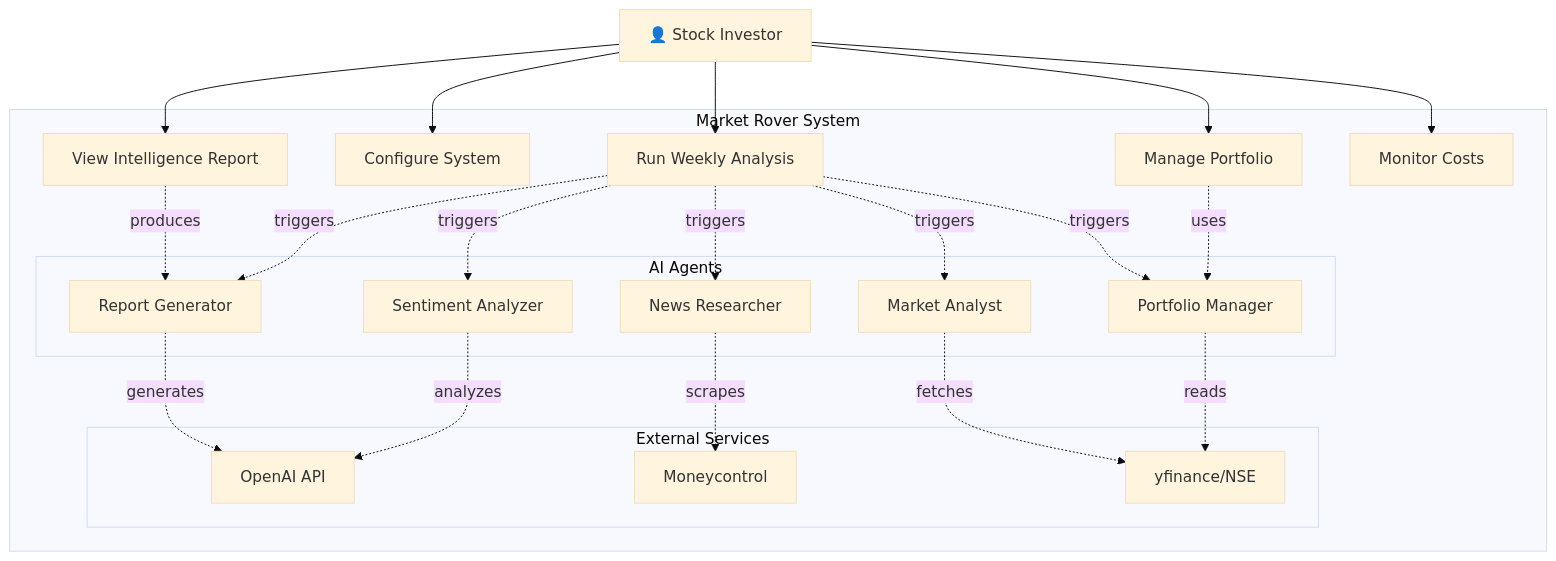
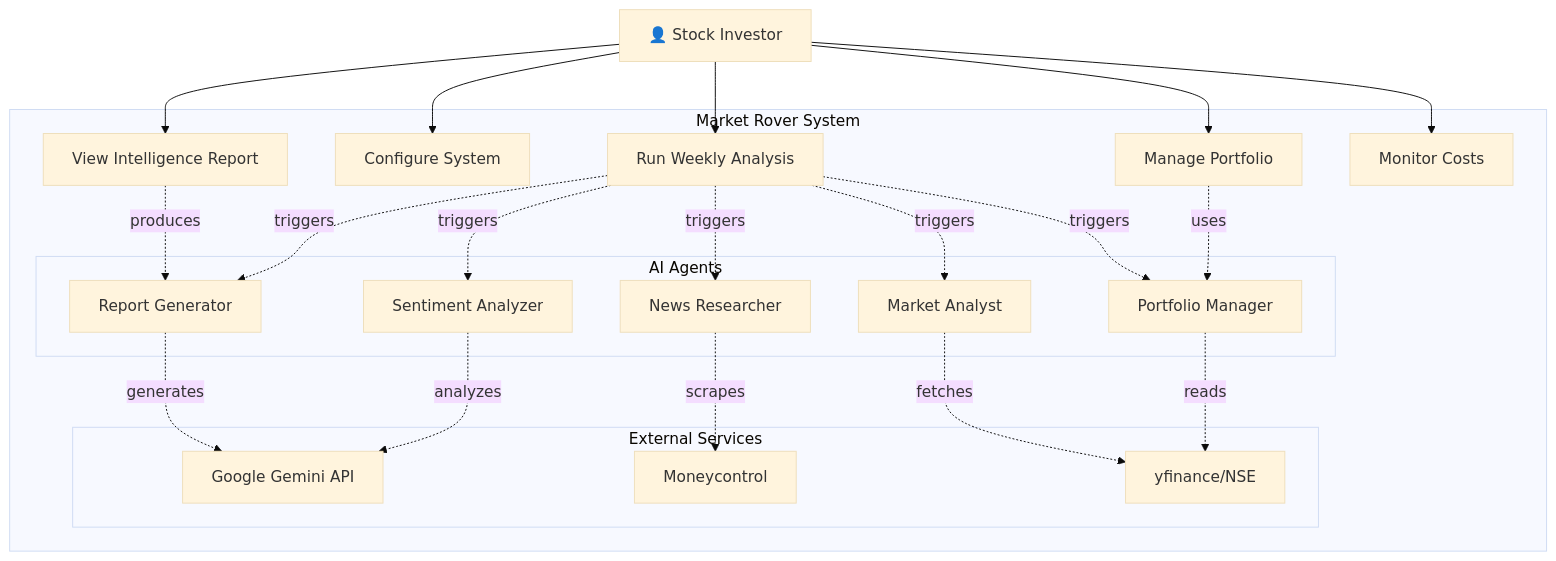
The diagram in README.md (SankarGaneshb/Market-Rover), drawn with Mermaid (base theme) before and after one commit. The commit also changed other lines of this file and 6 other files, not shown here.

Commit message:
feat: Market-Rover 2.0 production ready - Gemini API integration, web UI, visualizations, and Streamlit Cloud deployment

````diff
--- a/README.md
+++ b/README.md
@@ -26,47 +29,47 @@
 ```mermaid
 graph TB
     User["👤 Stock Investor"]
     
     subgraph "Market Rover System"
         UC1["Manage Portfolio"]
         UC2["Configure System"]
         UC3["Run Weekly Analysis"]
         UC4["View Intelligence Report"]
         UC5["Monitor Costs"]
         
         subgraph "AI Agents"
             A1["Portfolio Manager"]
             A2["News Researcher"]
             A3["Sentiment Analyzer"]
             A4["Market Analyst"]
             A5["Report Generator"]
         end
         
         subgraph "External Services"
-            OpenAI["OpenAI API"]
+            Gemini["Google Gemini API"]
             MC["Moneycontrol"]
             YF["yfinance/NSE"]
         end
     end
     
     User --> UC1
     User --> UC2
     User --> UC3
     User --> UC4
     User --> UC5
     
     UC1 -.->|uses| A1
     UC3 -.->|triggers| A1
     UC3 -.->|triggers| A2
     UC3 -.->|triggers| A3
     UC3 -.->|triggers| A4
     UC3 -.->|triggers| A5
     
     A1 -.->|reads| YF
     A2 -.->|scrapes| MC
-    A3 -.->|analyzes| OpenAI
+    A3 -.->|analyzes| Gemini
     A4 -.->|fetches| YF
-    A5 -.->|generates| OpenAI
+    A5 -.->|generates| Gemini
     
     UC4 -.->|produces| A5
 ```
````
